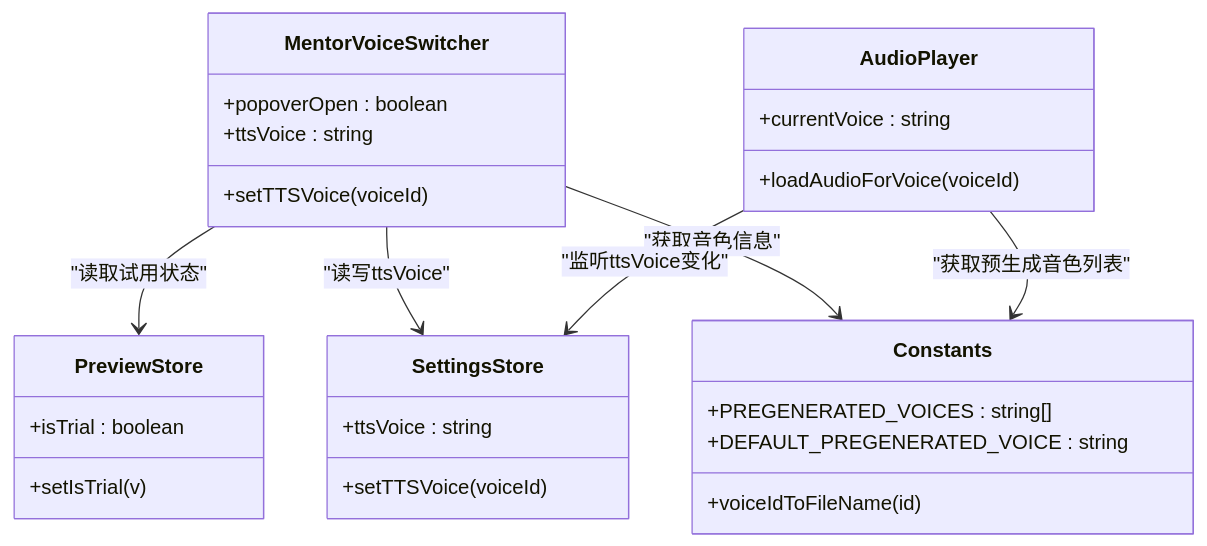
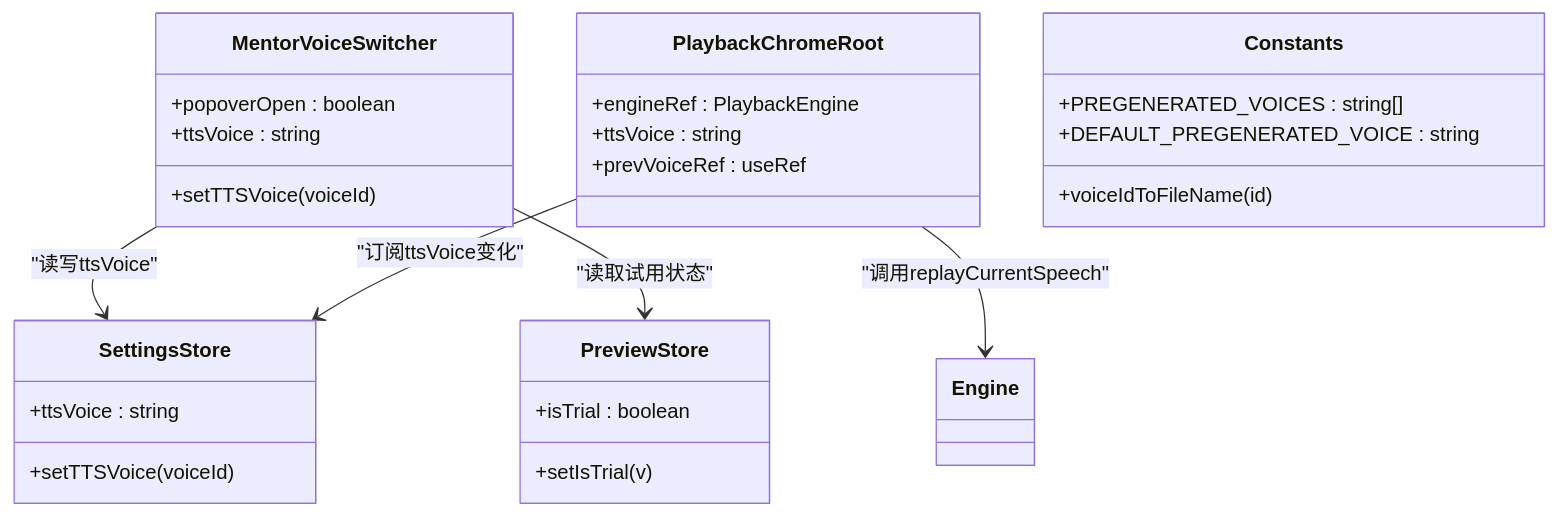
One commit to huangboheng/OpenMAIC changed the fourth of 10 diagrams in .qoder/repowiki/zh/content/UI 组件系统/课堂播放组件/导师语音切换器组件.md. Above: the diagram before and after it, drawn with Mermaid. The commit also changed other lines of this file and 12 other files, not shown here.

````diff
--- a/.qoder/repowiki/zh/content/UI 组件系统/课堂播放组件/导师语音切换器组件.md
+++ b/.qoder/repowiki/zh/content/UI 组件系统/课堂播放组件/导师语音切换器组件.md
@@ -153,30 +191,30 @@
 ```mermaid
 classDiagram
 class MentorVoiceSwitcher {
 +popoverOpen : boolean
 +ttsVoice : string
 +setTTSVoice(voiceId)
 }
 class PreviewStore {
 +isTrial : boolean
 +setIsTrial(v)
 }
 class SettingsStore {
 +ttsVoice : string
 +setTTSVoice(voiceId)
 }
-class AudioPlayer {
-+currentVoice : string
-+loadAudioForVoice(voiceId)
+class PlaybackChromeRoot {
++engineRef : PlaybackEngine
++ttsVoice : string
++prevVoiceRef : useRef
 }
 class Constants {
 +PREGENERATED_VOICES : string[]
 +DEFAULT_PREGENERATED_VOICE : string
 +voiceIdToFileName(id)
 }
+MentorVoiceSwitcher --> SettingsStore : "读写ttsVoice"
 MentorVoiceSwitcher --> PreviewStore : "读取试用状态"
-MentorVoiceSwitcher --> SettingsStore : "读写ttsVoice"
-MentorVoiceSwitcher --> Constants : "获取音色信息"
-AudioPlayer --> SettingsStore : "监听ttsVoice变化"
-AudioPlayer --> Constants : "获取预生成音色列表"
+PlaybackChromeRoot --> SettingsStore : "订阅ttsVoice变化"
+PlaybackChromeRoot --> Engine : "调用replayCurrentSpeech"
 ```
````
